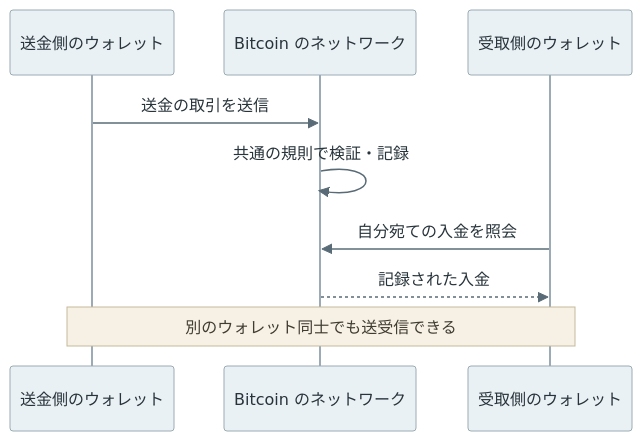
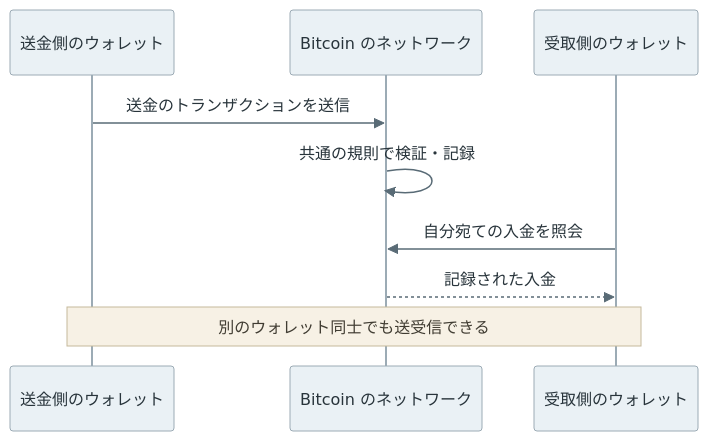
One commit to nao1215/debimate changed the second of 14 diagrams in content/notes/blockchain-systems/wallet/index.md. Above: the diagram before and after it, drawn with Mermaid. The commit also changed other lines of this file and 129 other files, not shown here.

````diff
--- a/content/notes/blockchain-systems/wallet/index.md
+++ b/content/notes/blockchain-systems/wallet/index.md
@@ -124,12 +124,12 @@
 ```mermaid
 %%{init: {"theme":"base","themeVariables":{"primaryColor":"#eaf1f5","primaryTextColor":"#28343b","primaryBorderColor":"#9cabb5","lineColor":"#596b76","textColor":"#28343b","actorBkg":"#eaf1f5","actorBorder":"#9cabb5","actorTextColor":"#28343b","actorLineColor":"#9cabb5","signalColor":"#596b76","signalTextColor":"#28343b","noteBkgColor":"#f7f1e5","noteBorderColor":"#c5b99b","noteTextColor":"#403c32","activationBkgColor":"#edf3ef","activationBorderColor":"#9aafa1"}}}%%
 sequenceDiagram
     participant A as 送金側のウォレット
     participant N as Bitcoin のネットワーク
     participant B as 受取側のウォレット
-    A->>N: 送金の取引を送信
+    A->>N: 送金のトランザクションを送信
     N->>N: 共通の規則で検証・記録
     B->>N: 自分宛ての入金を照会
     N-->>B: 記録された入金
     Note over A,B: 別のウォレット同士でも送受信できる
 ```
````
